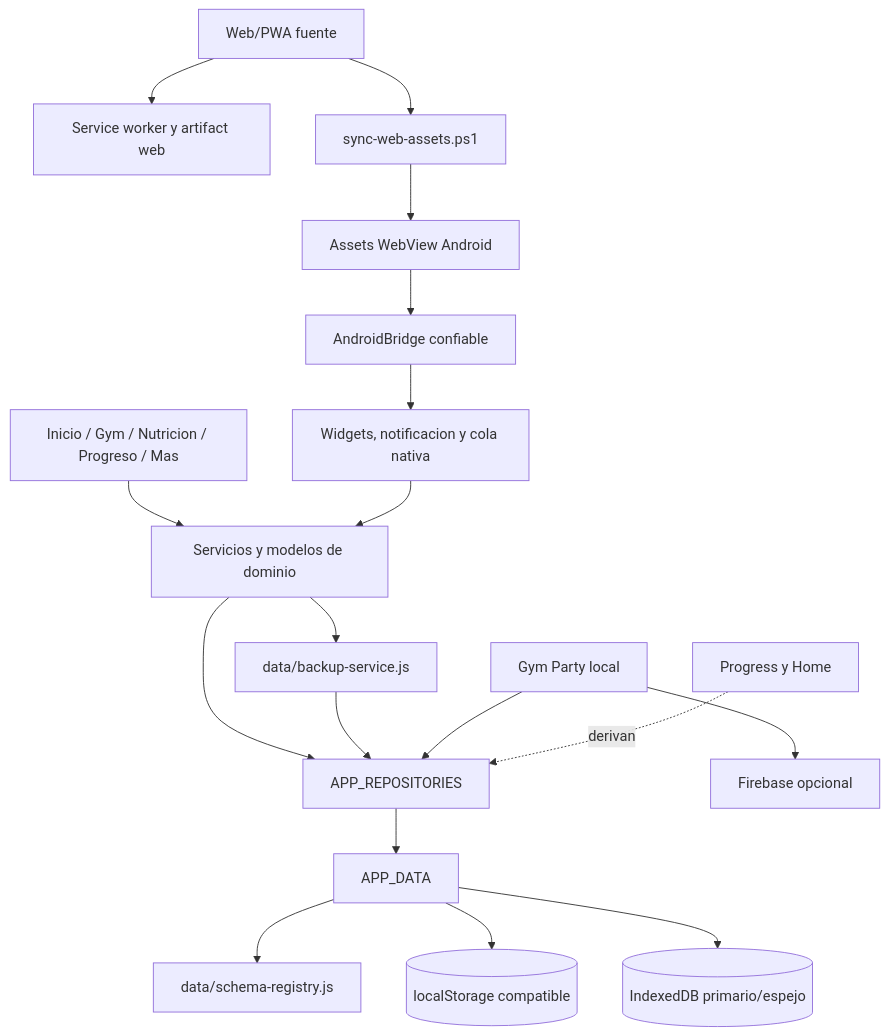
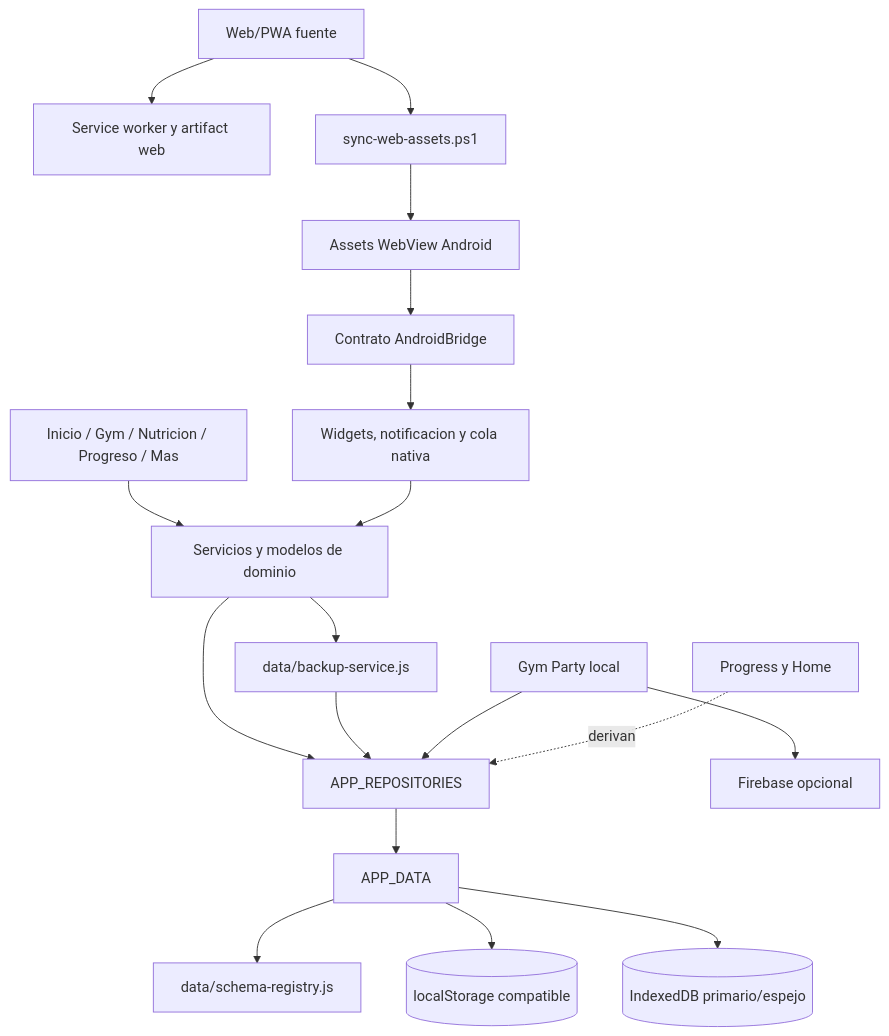
Before and after one commit to locoviera24-code/protocolo-0-100: the diagram in docs/architecture.md, drawn with Mermaid. The commit also changed other lines of this file and 4 other files, not shown here.

Commit message:
docs(architecture): clarify Android bridge trust boundary

````diff
--- a/docs/architecture.md
+++ b/docs/architecture.md
@@ -9,20 +9,20 @@
 ```mermaid
 flowchart TD
   UI[Inicio / Gym / Nutricion / Progreso / Mas] --> D[Servicios y modelos de dominio]
   D --> R[APP_REPOSITORIES]
   R --> A[APP_DATA]
   A --> S[data/schema-registry.js]
   A --> LS[(localStorage compatible)]
   A --> IDB[(IndexedDB primario/espejo)]
   D --> B[data/backup-service.js]
   B --> R
   G[Gym Party local] --> F[Firebase opcional]
   G --> R
   P[Progress y Home] -. derivan .-> R
   WEB[Web/PWA fuente] --> SW[Service worker y artifact web]
   WEB --> SYNC[sync-web-assets.ps1]
   SYNC --> APK[Assets WebView Android]
-  APK --> BR[AndroidBridge confiable]
+  APK --> BR[Contrato AndroidBridge]
   BR --> N[Widgets, notificacion y cola nativa]
   N --> D
 ```
````
